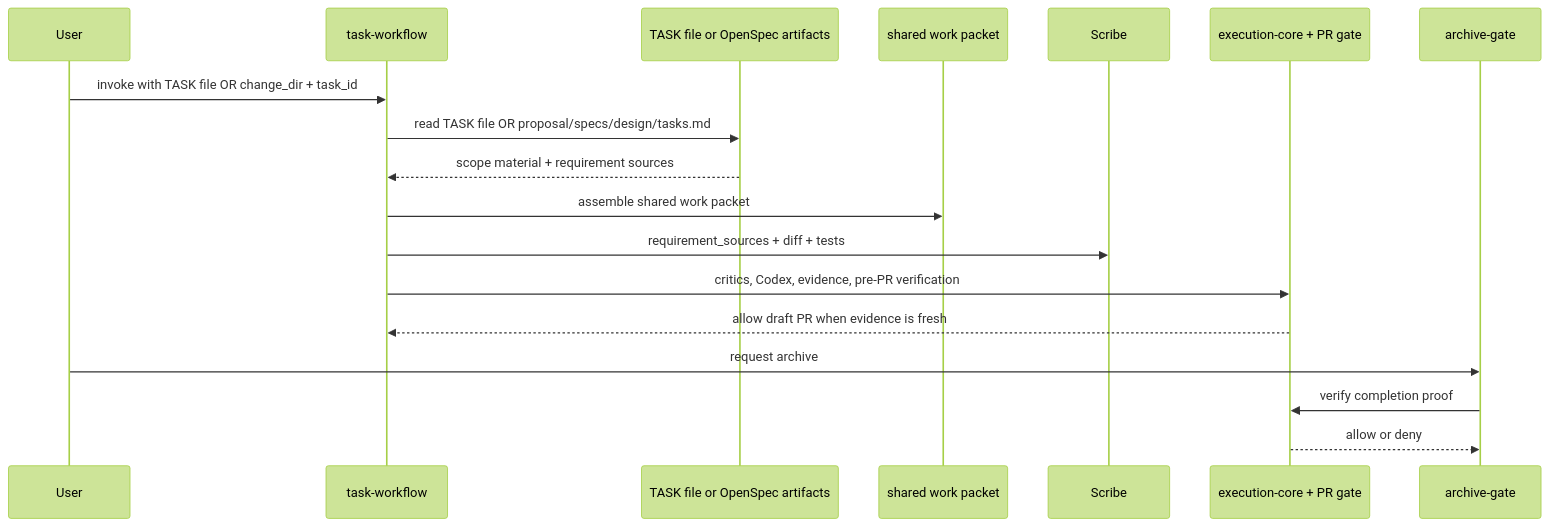
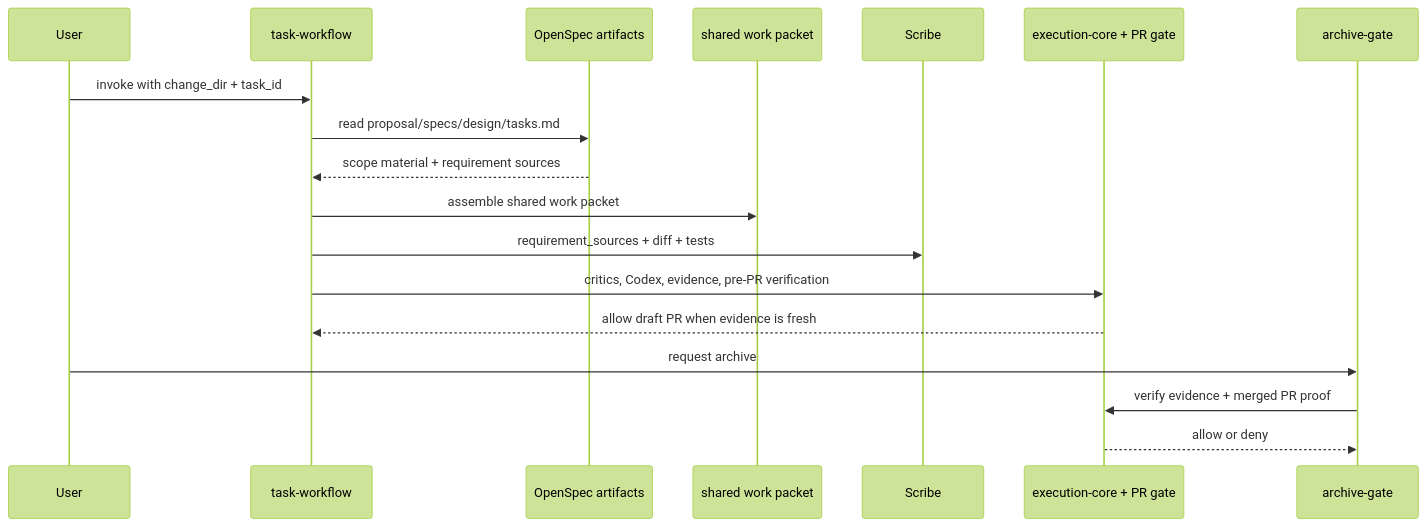
Before and after one commit to alexivison/ai-party: the second of 2 diagrams in docs/projects/openspec-integration/DESIGN.md, drawn with Mermaid (forest theme). The commit also changed other lines of this file and 6 other files, not shown here.

````diff
--- a/docs/projects/openspec-integration/DESIGN.md
+++ b/docs/projects/openspec-integration/DESIGN.md
@@ -85,21 +92,21 @@
 ```mermaid
 sequenceDiagram
     participant User
     participant Workflow as task-workflow
-    participant Docs as TASK file or OpenSpec artifacts
+    participant Docs as OpenSpec artifacts
     participant Packet as shared work packet
     participant Scribe
     participant Gates as execution-core + PR gate
     participant Archive as archive-gate
 
-    User->>Workflow: invoke with TASK file OR change_dir + task_id
-    Workflow->>Docs: read TASK file OR proposal/specs/design/tasks.md
+    User->>Workflow: invoke with change_dir + task_id
+    Workflow->>Docs: read proposal/specs/design/tasks.md
     Docs-->>Workflow: scope material + requirement sources
     Workflow->>Packet: assemble shared work packet
     Workflow->>Scribe: requirement_sources + diff + tests
     Workflow->>Gates: critics, Codex, evidence, pre-PR verification
     Gates-->>Workflow: allow draft PR when evidence is fresh
     User->>Archive: request archive
-    Archive->>Gates: verify completion proof
+    Archive->>Gates: verify evidence + merged PR proof
     Gates-->>Archive: allow or deny
 ```
````
